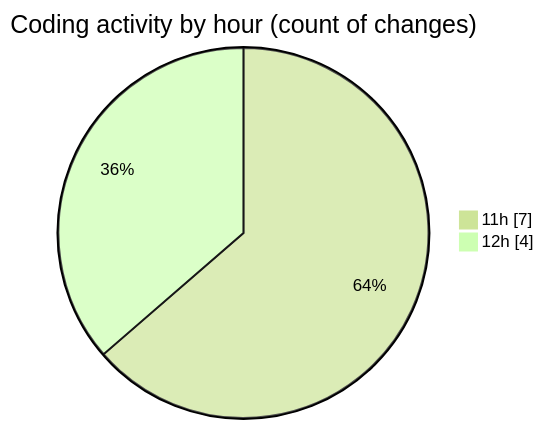
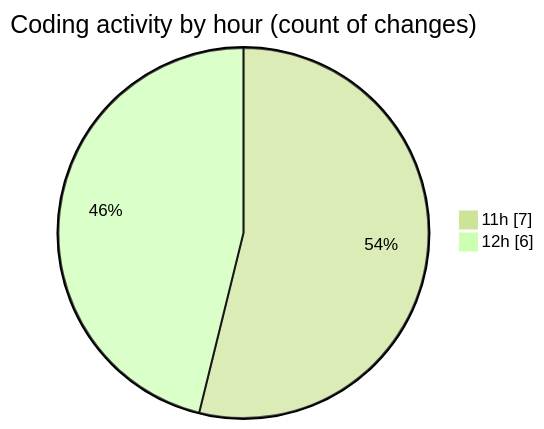
One commit to ricardozamudiocil/code-tracking changed the second of 2 diagrams in 2026-04-09/cilapp/README.md. Above: the diagram before and after it, drawn with Mermaid (forest theme). The commit also changed other lines of this file and 1 other file, not shown here.

````diff
--- a/2026-04-09/cilapp/README.md
+++ b/2026-04-09/cilapp/README.md
@@ -28,6 +30,6 @@
 ```mermaid
 pie showData
 title Coding activity by hour (count of changes)
 "11h" : 7
-"12h" : 4
+"12h" : 6
 ```
````
